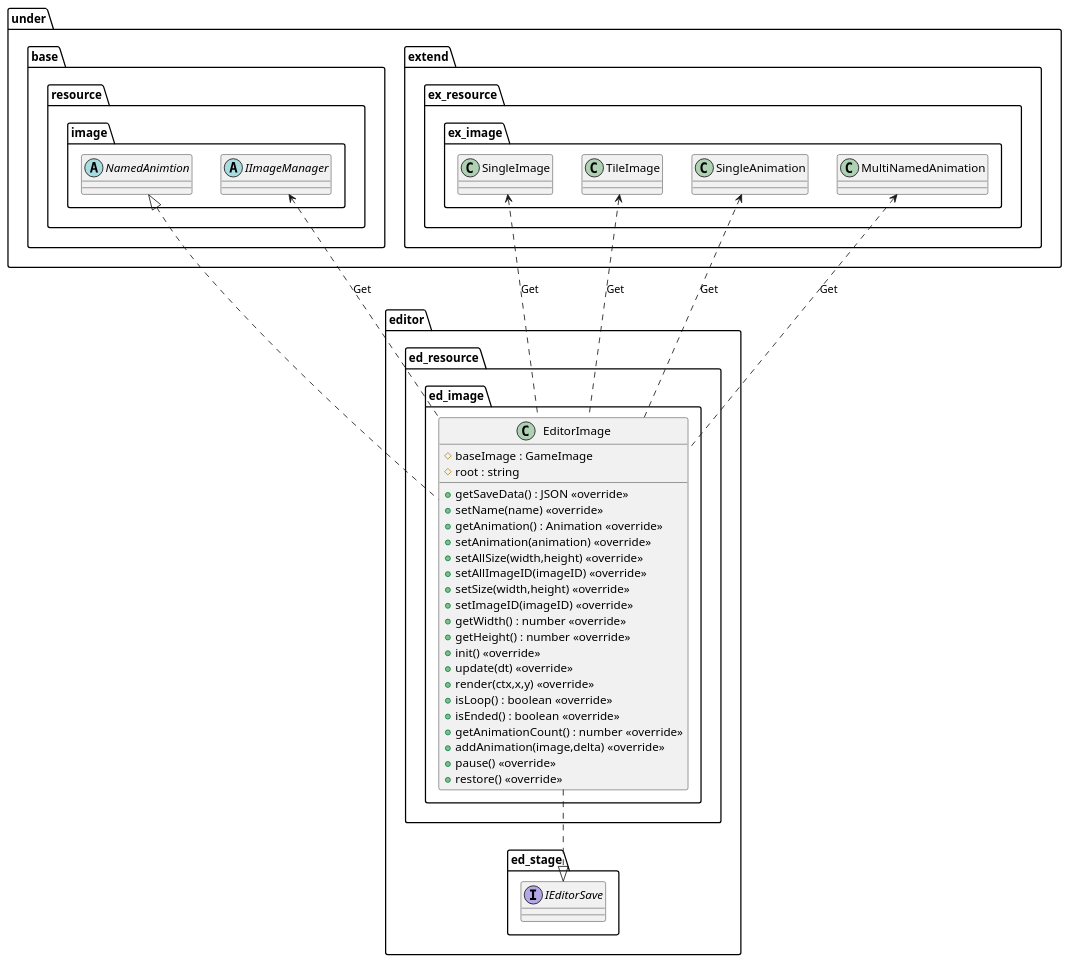
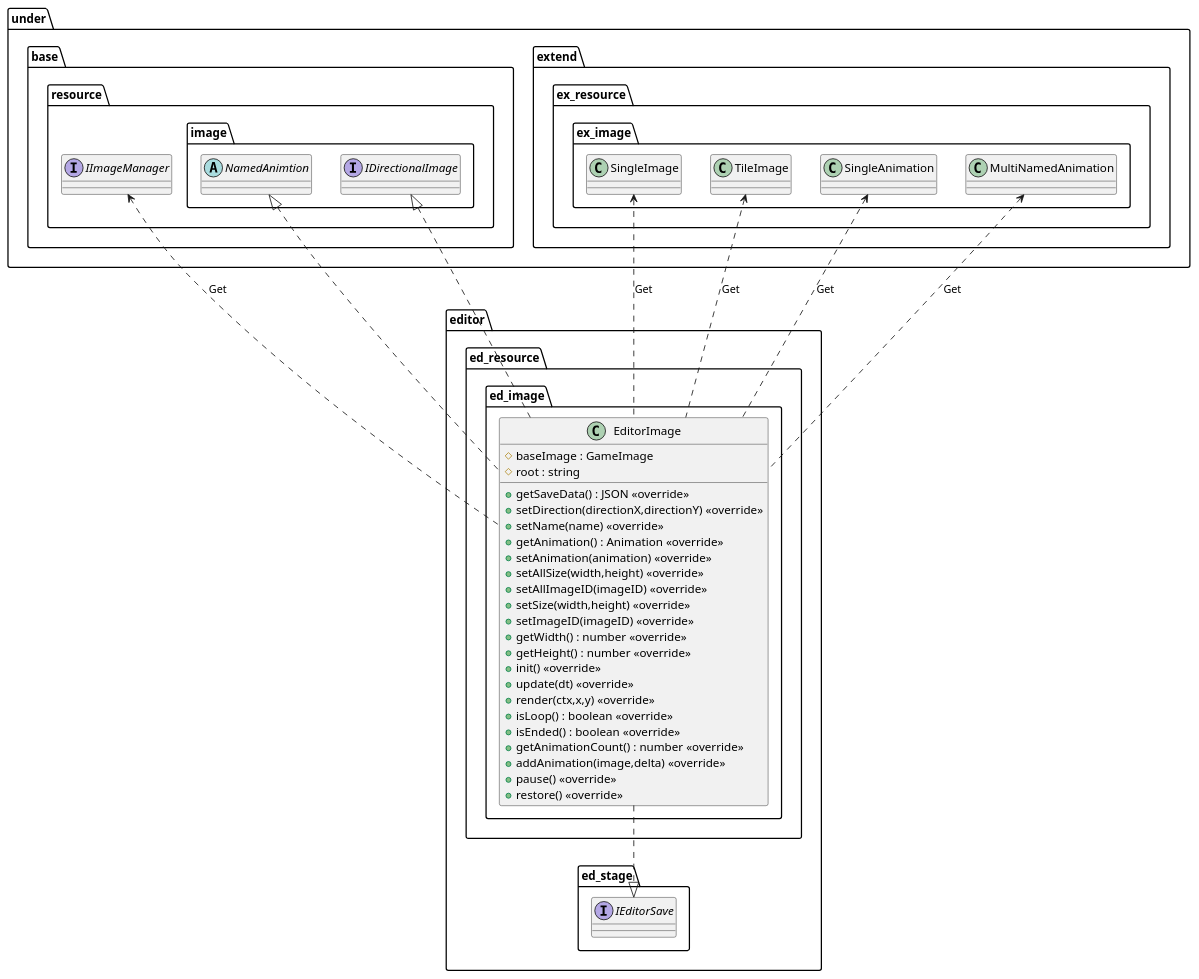
One commit to Expine/Under changed the diagram in uml/editor/element/Image.wsd. Above: the diagram before and after it, drawn with PlantUML. The commit also changed 45 other files, not shown here.

```diff
--- a/uml/editor/element/Image.wsd
+++ b/uml/editor/element/Image.wsd
@@ -1,70 +1,73 @@
 @startuml EditorEvent
 
 package editor {
     package ed_resource {
         package ed_image {
             class EditorImage {
                 #baseImage : GameImage
                 #root : string
                 +getSaveData() : JSON <<override>>
+                +setDirection(directionX,directionY) <<override>>
                 +setName(name) <<override>>
                 +getAnimation() : Animation <<override>>
                 +setAnimation(animation) <<override>>
                 +setAllSize(width,height) <<override>>
                 +setAllImageID(imageID) <<override>>
                 +setSize(width,height) <<override>>
                 +setImageID(imageID) <<override>>
                 +getWidth() : number <<override>>
                 +getHeight() : number <<override>>
                 +init() <<override>>
                 +update(dt) <<override>>
                 +render(ctx,x,y) <<override>>
                 +isLoop() : boolean <<override>>
                 +isEnded() : boolean <<override>>
                 +getAnimationCount() : number <<override>>
                 +addAnimation(image,delta) <<override>>
                 +pause() <<override>>
                 +restore() <<override>>
 
             }
         }
     }
 }
 
 package under {
     package base {
         package resource {
+            interface IImageManager
             package image {
                 abstract NamedAnimtion
-                abstract IImageManager
+                interface IDirectionalImage
             }
         }
     }
     package extend {
         package ex_resource {
             package ex_image {
                 class SingleImage
                 class TileImage
                 class SingleAnimation
                 class MultiNamedAnimation
             }
         }
     }
 }
 
 package editor {
     package ed_stage {
         interface IEditorSave
     }
 }
 
 SingleImage <.. EditorImage : Get
 TileImage <.. EditorImage : Get
 SingleAnimation <.. EditorImage : Get
 MultiNamedAnimation <.. EditorImage : Get
 IImageManager <.. EditorImage : Get
 
 NamedAnimtion <|.. EditorImage
 EditorImage ..|> IEditorSave
+IDirectionalImage <|.. EditorImage
 
 @enduml
```
